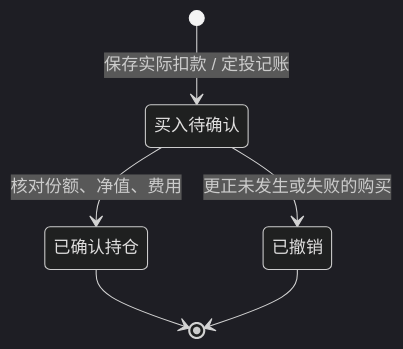
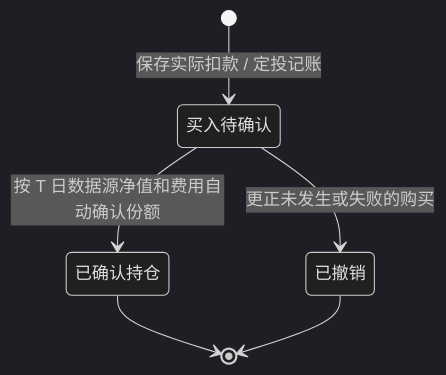
The second of 4 diagrams in docs/product/资产管家-产品设计文档-V1.1.md (zhousl0801/asset-manager), drawn with Mermaid (dark theme) before and after one commit. The commit also changed other lines of this file and 42 other files, not shown here.

````diff
--- a/docs/product/资产管家-产品设计文档-V1.1.md
+++ b/docs/product/资产管家-产品设计文档-V1.1.md
@@ -386,8 +386,8 @@
 ```mermaid
 stateDiagram-v2
     [*] --> 买入待确认: 保存实际扣款 / 定投记账
-    买入待确认 --> 已确认持仓: 核对份额、净值、费用
+    买入待确认 --> 已确认持仓: 按 T 日数据源净值和费用自动确认份额
     买入待确认 --> 已撤销: 更正未发生或失败的购买
     已确认持仓 --> [*]
     已撤销 --> [*]
 ```
````
